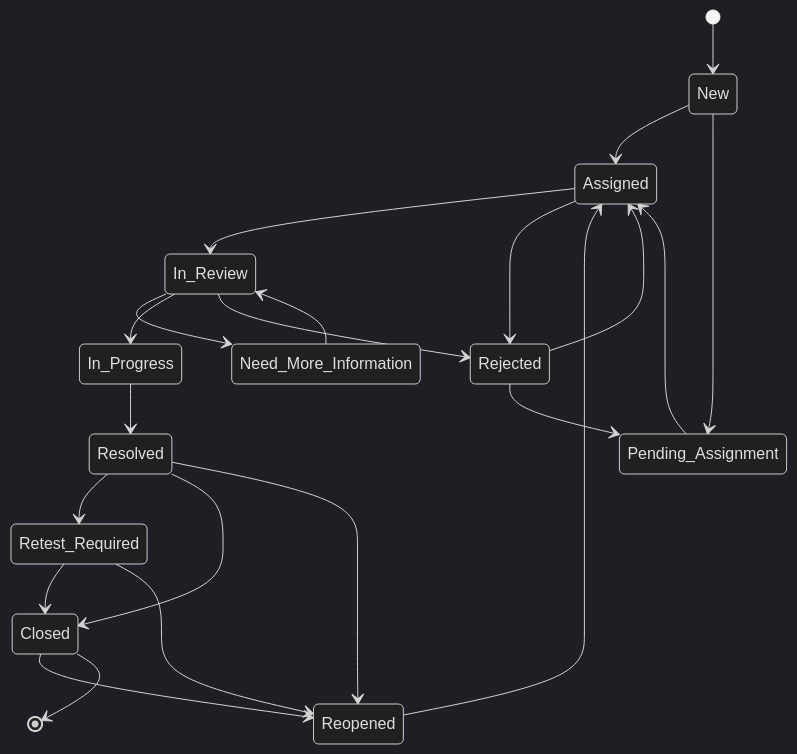
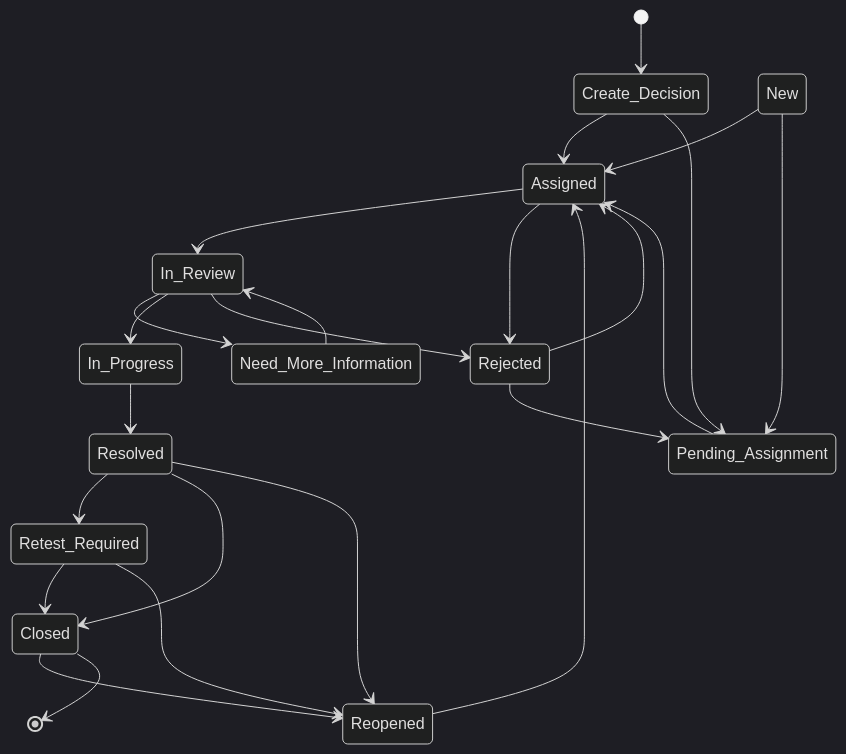
One commit to DarwinDO/IDTS-SAP01 changed the third of 8 diagrams in docs/diagrams/08-frs-functional-workflows.md. Above: the diagram before and after it, drawn with Mermaid (dark theme). The commit also changed 33 other files, not shown here.

Commit message:
fix(idts-5): harden backend happy flow and audit flow

````diff
--- a/docs/diagrams/08-frs-functional-workflows.md
+++ b/docs/diagrams/08-frs-functional-workflows.md
@@ -65,24 +65,26 @@
 ```mermaid
 stateDiagram-v2
-    [*] --> New
+    [*] --> Create_Decision
+    Create_Decision --> Assigned
+    Create_Decision --> Pending_Assignment
     New --> Assigned
     New --> Pending_Assignment
     Pending_Assignment --> Assigned
     Assigned --> In_Review
     Assigned --> Rejected
     In_Review --> Need_More_Information
     Need_More_Information --> In_Review
     In_Review --> In_Progress
     In_Review --> Rejected
     In_Progress --> Resolved
     Resolved --> Retest_Required
     Resolved --> Closed
     Retest_Required --> Closed
     Retest_Required --> Reopened
     Resolved --> Reopened
     Closed --> Reopened
     Reopened --> Assigned
     Rejected --> Assigned
     Rejected --> Pending_Assignment
     Closed --> [*]
 ```
````
